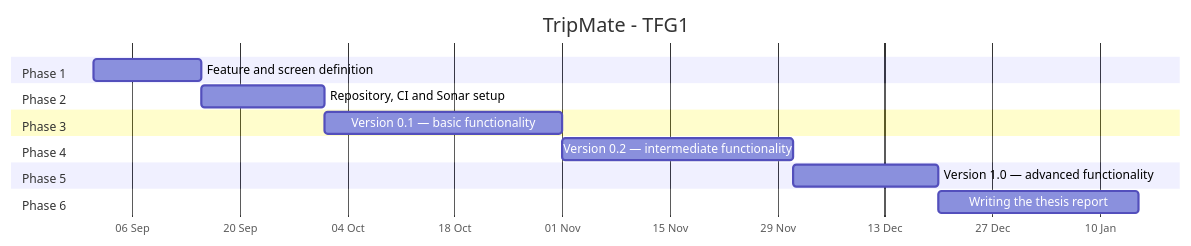
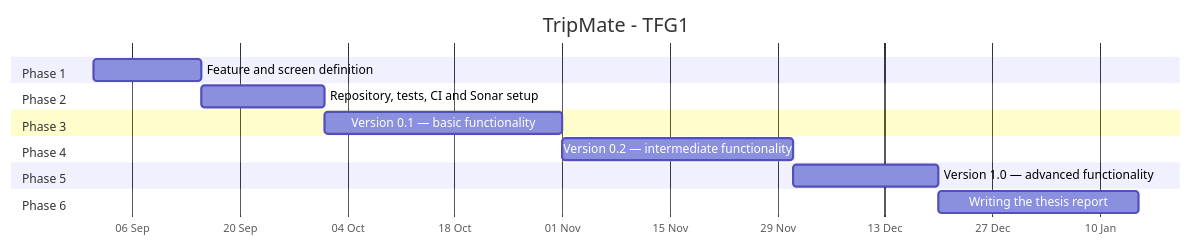
One commit to codeurjc-students/2026-ViajesRuben changed the diagram in README.md. Above: the diagram before and after it, drawn with Mermaid. The commit also changed other lines of this file and 3 other files, not shown here.

````diff
--- a/README.md
+++ b/README.md
@@ -53,19 +66,19 @@
 ```mermaid
 gantt
     title TripMate - TFG1
     dateFormat  YYYY-MM-DD
     axisFormat  %d %b
     tickInterval 2week
     section Phase 1
-    Feature and screen definition        :p1, 2026-09-01, 2026-09-15
+    Feature and screen definition            :p1, 2026-09-01, 2026-09-15
     section Phase 2
-    Repository, CI and Sonar setup       :p2, after p1, 2026-10-01
+    Repository, tests, CI and Sonar setup    :p2, after p1, 2026-10-01
     section Phase 3
-    Version 0.1 — basic functionality    :p3, after p2, 2026-11-01
+    Version 0.1 — basic functionality        :p3, after p2, 2026-11-01
     section Phase 4
     Version 0.2 — intermediate functionality :p4, after p3, 2026-12-01
     section Phase 5
-    Version 1.0 — advanced functionality :p5, after p4, 2026-12-20
+    Version 1.0 — advanced functionality     :p5, after p4, 2026-12-20
     section Phase 6
-    Writing the thesis report            :p6, after p5, 2027-01-15
+    Writing the thesis report                :p6, after p5, 2027-01-15
 ```
````
